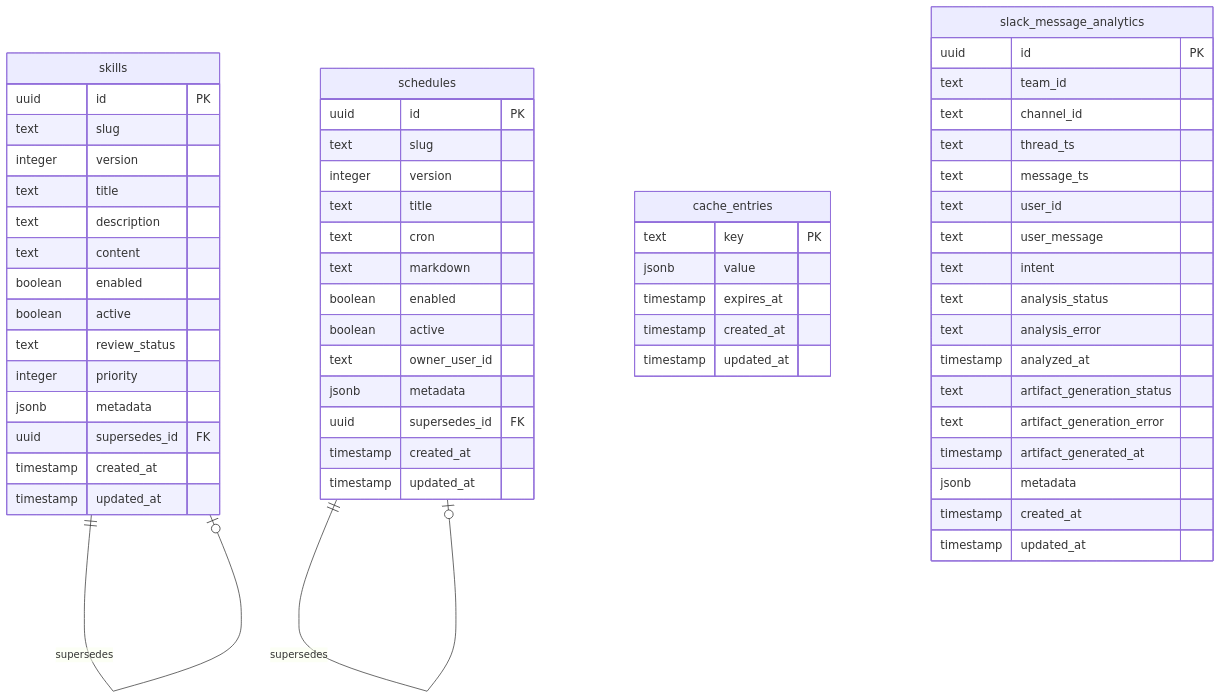
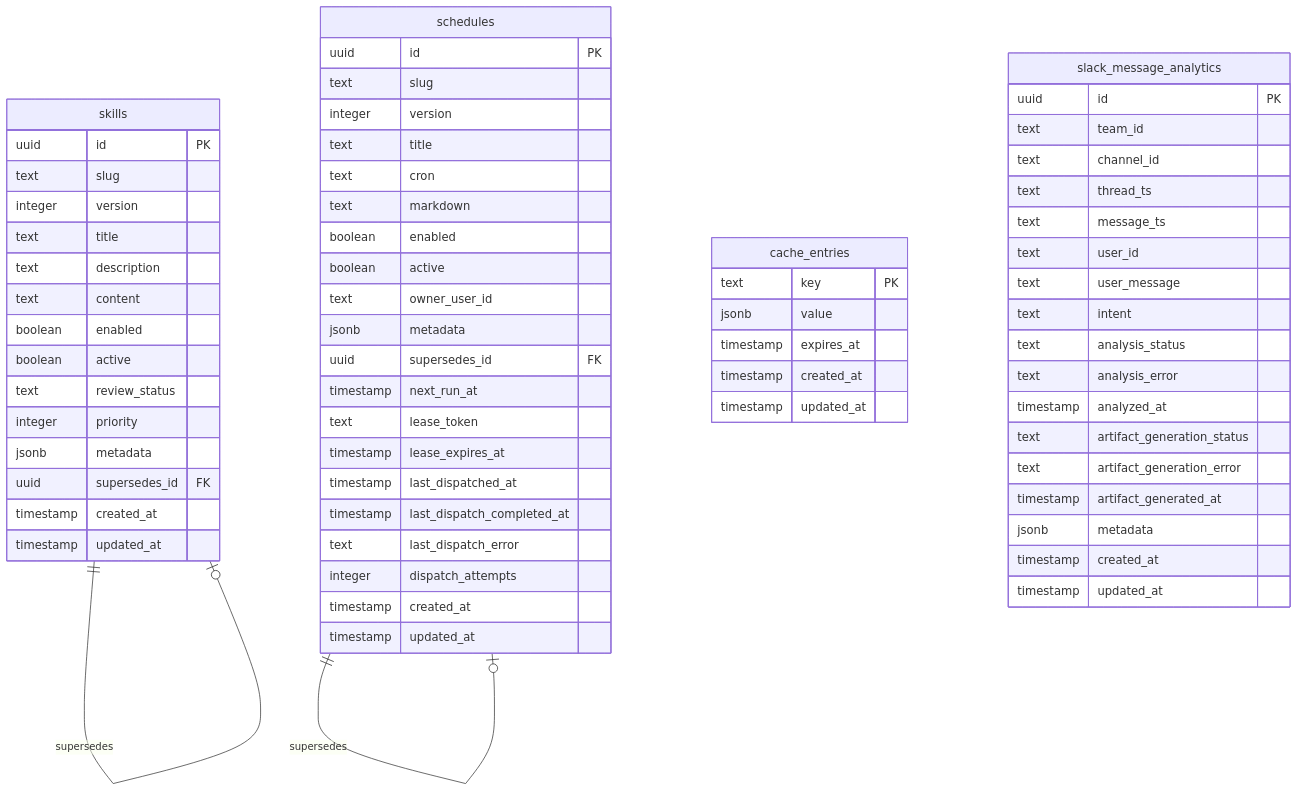
The fifth of 5 diagrams in README.md (GorobVictor/slack-ai-agent-eve), drawn with Mermaid before and after one commit. The commit also changed other lines of this file and 2 other files, not shown here.

````diff
--- a/README.md
+++ b/README.md
@@ -229,66 +232,73 @@
 ```mermaid
 erDiagram
   skills {
     uuid id PK
     text slug
     integer version
     text title
     text description
     text content
     boolean enabled
     boolean active
     text review_status
     integer priority
     jsonb metadata
     uuid supersedes_id FK
     timestamp created_at
     timestamp updated_at
   }
 
   schedules {
     uuid id PK
     text slug
     integer version
     text title
     text cron
     text markdown
     boolean enabled
     boolean active
     text owner_user_id
     jsonb metadata
     uuid supersedes_id FK
+    timestamp next_run_at
+    text lease_token
+    timestamp lease_expires_at
+    timestamp last_dispatched_at
+    timestamp last_dispatch_completed_at
+    text last_dispatch_error
+    integer dispatch_attempts
     timestamp created_at
     timestamp updated_at
   }
 
   cache_entries {
     text key PK
     jsonb value
     timestamp expires_at
     timestamp created_at
     timestamp updated_at
   }
 
   slack_message_analytics {
     uuid id PK
     text team_id
     text channel_id
     text thread_ts
     text message_ts
     text user_id
     text user_message
     text intent
     text analysis_status
     text analysis_error
     timestamp analyzed_at
     text artifact_generation_status
     text artifact_generation_error
     timestamp artifact_generated_at
     jsonb metadata
     timestamp created_at
     timestamp updated_at
   }
 
   skills ||--o| skills : supersedes
   schedules ||--o| schedules : supersedes
 ```
````
